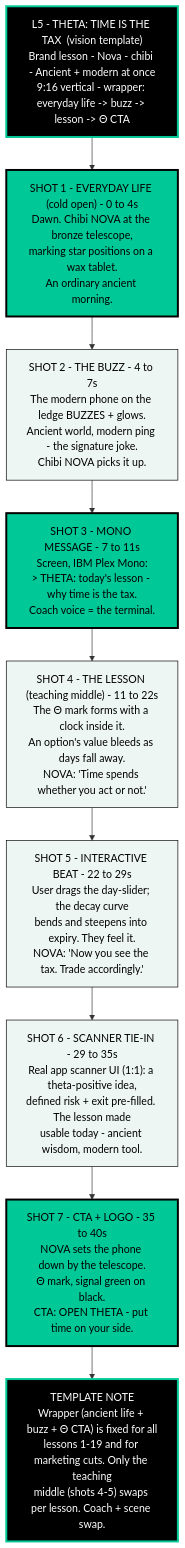
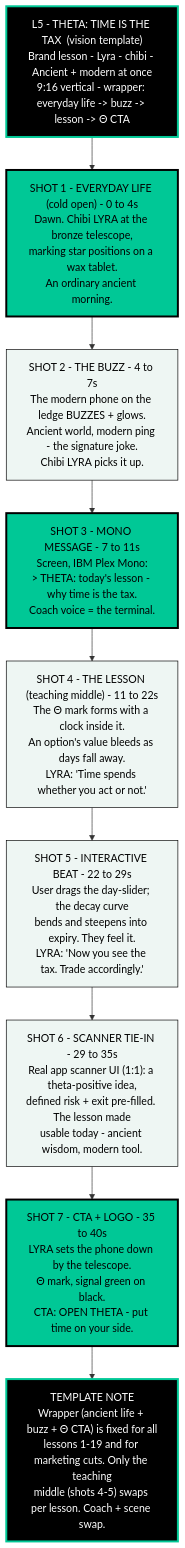
The diagram in theta/storyboard-L5-theta.mmd (Dr-Duner/Dr-Duner), drawn with Mermaid before and after one commit. The commit also changed 8 other files, not shown here.

```diff
--- a/theta/storyboard-L5-theta.mmd
+++ b/theta/storyboard-L5-theta.mmd
@@ -1,22 +1,22 @@
 flowchart TB
-  H["L5 - THETA: TIME IS THE TAX  (vision template)<br/>Brand lesson - Nova - chibi - Ancient + modern at once<br/>9:16 vertical - wrapper: everyday life -> buzz -> lesson -> Θ CTA"]:::brand
+  H["L5 - THETA: TIME IS THE TAX  (vision template)<br/>Brand lesson - Lyra - chibi - Ancient + modern at once<br/>9:16 vertical - wrapper: everyday life -> buzz -> lesson -> Θ CTA"]:::brand
   H --> S1
-  S1["SHOT 1 - EVERYDAY LIFE (cold open) - 0 to 4s<br/>Dawn. Chibi NOVA at the bronze telescope,<br/>marking star positions on a wax tablet.<br/>An ordinary ancient morning."]:::nova
+  S1["SHOT 1 - EVERYDAY LIFE (cold open) - 0 to 4s<br/>Dawn. Chibi LYRA at the bronze telescope,<br/>marking star positions on a wax tablet.<br/>An ordinary ancient morning."]:::nova
   S1 --> S2
-  S2["SHOT 2 - THE BUZZ - 4 to 7s<br/>The modern phone on the ledge BUZZES + glows.<br/>Ancient world, modern ping - the signature joke.<br/>Chibi NOVA picks it up."]:::shot
+  S2["SHOT 2 - THE BUZZ - 4 to 7s<br/>The modern phone on the ledge BUZZES + glows.<br/>Ancient world, modern ping - the signature joke.<br/>Chibi LYRA picks it up."]:::shot
   S2 --> S3
   S3["SHOT 3 - MONO MESSAGE - 7 to 11s<br/>Screen, IBM Plex Mono:<br/>&gt; THETA: today's lesson - why time is the tax.<br/>Coach voice = the terminal."]:::nova
   S3 --> S4
-  S4["SHOT 4 - THE LESSON (teaching middle) - 11 to 22s<br/>The Θ mark forms with a clock inside it.<br/>An option's value bleeds as days fall away.<br/>NOVA: 'Time spends whether you act or not.'"]:::shot
+  S4["SHOT 4 - THE LESSON (teaching middle) - 11 to 22s<br/>The Θ mark forms with a clock inside it.<br/>An option's value bleeds as days fall away.<br/>LYRA: 'Time spends whether you act or not.'"]:::shot
   S4 --> S5
-  S5["SHOT 5 - INTERACTIVE BEAT - 22 to 29s<br/>User drags the day-slider; the decay curve<br/>bends and steepens into expiry. They feel it.<br/>NOVA: 'Now you see the tax. Trade accordingly.'"]:::shot
+  S5["SHOT 5 - INTERACTIVE BEAT - 22 to 29s<br/>User drags the day-slider; the decay curve<br/>bends and steepens into expiry. They feel it.<br/>LYRA: 'Now you see the tax. Trade accordingly.'"]:::shot
   S5 --> S6
   S6["SHOT 6 - SCANNER TIE-IN - 29 to 35s<br/>Real app scanner UI (1:1): a theta-positive idea,<br/>defined risk + exit pre-filled. The lesson made<br/>usable today - ancient wisdom, modern tool."]:::shot
   S6 --> S7
-  S7["SHOT 7 - CTA + LOGO - 35 to 40s<br/>NOVA sets the phone down by the telescope.<br/>Θ mark, signal green on black.<br/>CTA: OPEN THETA - put time on your side."]:::nova
+  S7["SHOT 7 - CTA + LOGO - 35 to 40s<br/>LYRA sets the phone down by the telescope.<br/>Θ mark, signal green on black.<br/>CTA: OPEN THETA - put time on your side."]:::nova
   S7 --> F
   F["TEMPLATE NOTE<br/>Wrapper (ancient life + buzz + Θ CTA) is fixed for all<br/>lessons 1-19 and for marketing cuts. Only the teaching<br/>middle (shots 4-5) swaps per lesson. Coach + scene swap."]:::brand
 
   classDef brand fill:#000000,color:#ffffff,stroke:#00c896,stroke-width:3px;
   classDef nova fill:#00c896,color:#000000,stroke:#000000,stroke-width:3px;
   classDef shot fill:#eef6f3,color:#000000,stroke:#000000,stroke-width:1px;
```
